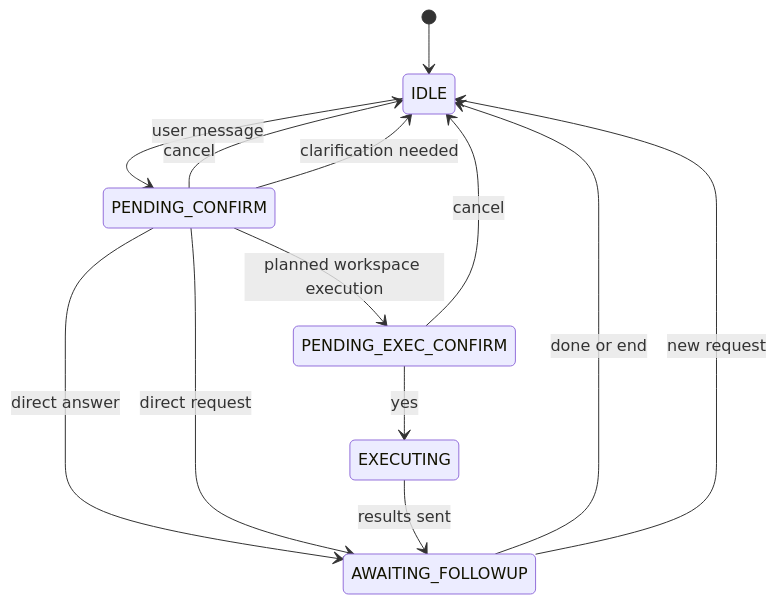
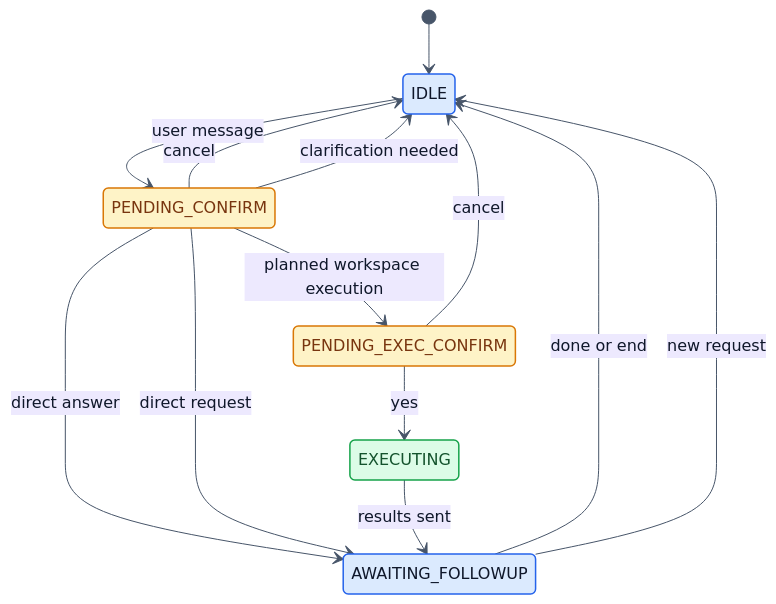
Diagram 11 of 12 in README.md (matteblack9/coding-agent-fabric), drawn with Mermaid before and after one commit. The commit also changed other lines of this file, not shown here.

Commit message:
docs: colorize README mermaid diagrams

````diff
--- a/README.md
+++ b/README.md
@@ -557,20 +688,28 @@
 ```mermaid
+%%{init: {"theme":"base","themeVariables":{"primaryColor":"#E6F1FB","primaryTextColor":"#0F172A","primaryBorderColor":"#185FA5","secondaryColor":"#EDE9FE","secondaryTextColor":"#1F2937","secondaryBorderColor":"#7C3AED","tertiaryColor":"#ECFDF5","tertiaryTextColor":"#14532D","tertiaryBorderColor":"#16A34A","lineColor":"#475569","clusterBkg":"#F8FAFC","clusterBorder":"#94A3B8","noteBkgColor":"#FEF3C7","noteTextColor":"#78350F","noteBorderColor":"#D97706","activationBkgColor":"#DBEAFE","activationBorderColor":"#2563EB","sequenceNumberColor":"#0F172A"}}}%%
 stateDiagram-v2
     [*] --> IDLE
 
     IDLE --> PENDING_CONFIRM : user message
 
     PENDING_CONFIRM --> IDLE : cancel
     PENDING_CONFIRM --> IDLE : clarification needed
     PENDING_CONFIRM --> AWAITING_FOLLOWUP : direct answer
     PENDING_CONFIRM --> AWAITING_FOLLOWUP : direct request
     PENDING_CONFIRM --> PENDING_EXEC_CONFIRM : planned workspace execution
 
     PENDING_EXEC_CONFIRM --> EXECUTING : yes
     PENDING_EXEC_CONFIRM --> IDLE : cancel
 
     EXECUTING --> AWAITING_FOLLOWUP : results sent
 
     AWAITING_FOLLOWUP --> IDLE : done or end
     AWAITING_FOLLOWUP --> IDLE : new request
+
+    classDef idle fill:#DBEAFE,stroke:#2563EB,color:#0F172A,stroke-width:1.5px
+    classDef pending fill:#FEF3C7,stroke:#D97706,color:#78350F,stroke-width:1.5px
+    classDef active fill:#DCFCE7,stroke:#16A34A,color:#14532D,stroke-width:1.5px
+    class IDLE,AWAITING_FOLLOWUP idle
+    class PENDING_CONFIRM,PENDING_EXEC_CONFIRM pending
+    class EXECUTING active
 ```
````
